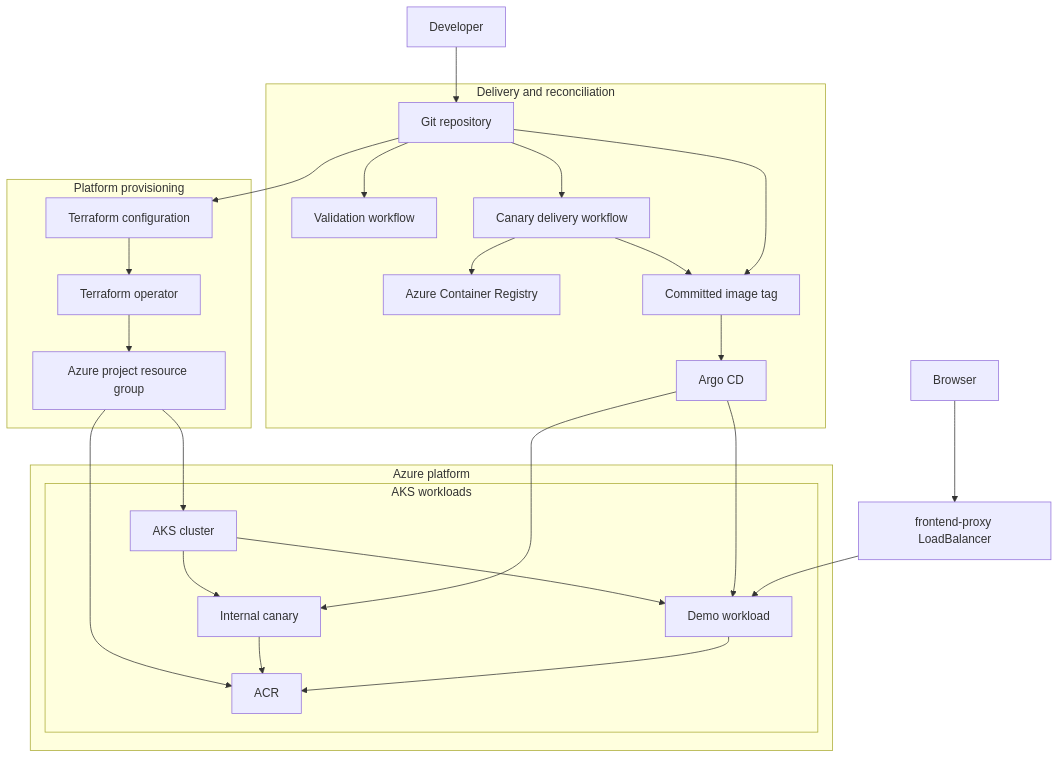
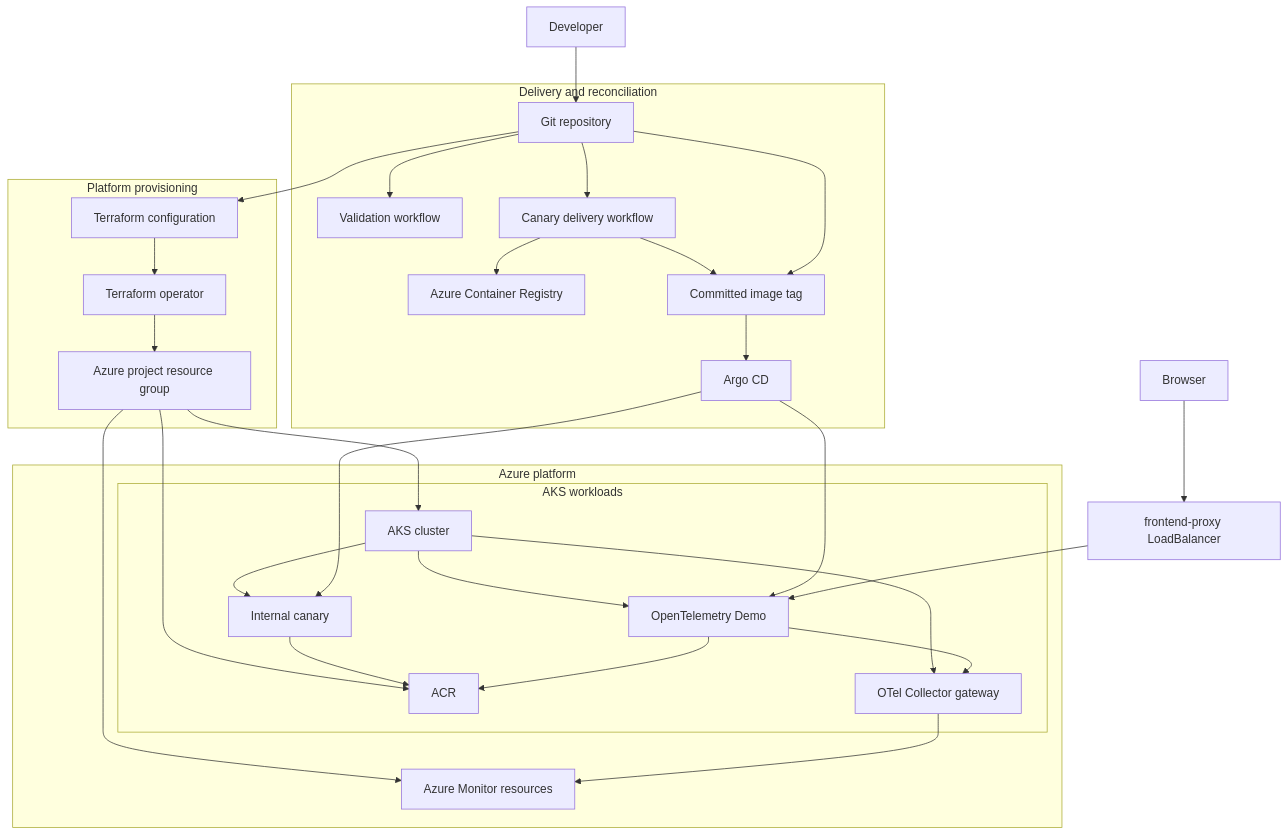
Before and after one commit to TheShivm/azure-aks-gitops-delivery: the first of 8 diagrams in README.md, drawn with Mermaid. The commit also changed other lines of this file, not shown here.

```diff
--- a/README.md
+++ b/README.md
@@ -48,36 +83,40 @@
 ~~~mermaid
 flowchart TB
   Developer[Developer] --> Repo[Git repository]
 
   subgraph Delivery["Delivery and reconciliation"]
     Repo --> Validation[Validation workflow]
     Repo --> CanaryCI[Canary delivery workflow]
     CanaryCI --> ACR[Azure Container Registry]
     CanaryCI --> DesiredState[Committed image tag]
     Repo --> DesiredState
     DesiredState --> Argo[Argo CD]
   end
 
   subgraph Provisioning["Platform provisioning"]
     Repo --> TerraformCode[Terraform configuration]
     TerraformCode --> Operator[Terraform operator]
     Operator --> AzureRG[Azure project resource group]
   end
 
   subgraph AzurePlatform["Azure platform"]
     AzureRG --> AKS[AKS cluster]
+    AzureRG --> Monitor[Azure Monitor resources]
     AzureRG --> Registry[ACR]
 
     subgraph Cluster["AKS workloads"]
       AKS --> Canary[Internal canary]
-      AKS --> Demo[Demo workload]
+      AKS --> Demo[OpenTelemetry Demo]
+      AKS --> Collector[OTel Collector gateway]
+      Demo --> Collector
       Canary --> Registry
       Demo --> Registry
     end
   end
 
   Argo --> Canary
   Argo --> Demo
   Browser[Browser] --> PublicLB[frontend-proxy LoadBalancer]
   PublicLB --> Demo
+  Collector --> Monitor
 ~~~
```
